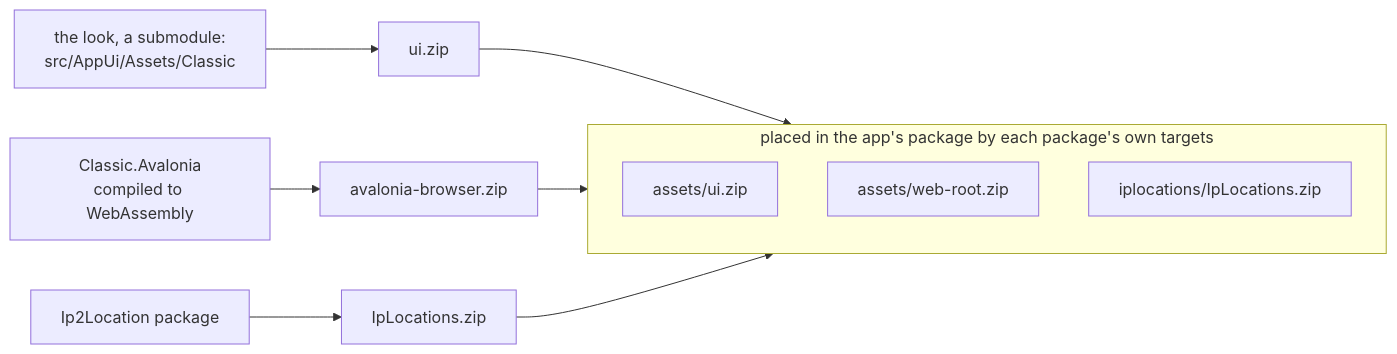
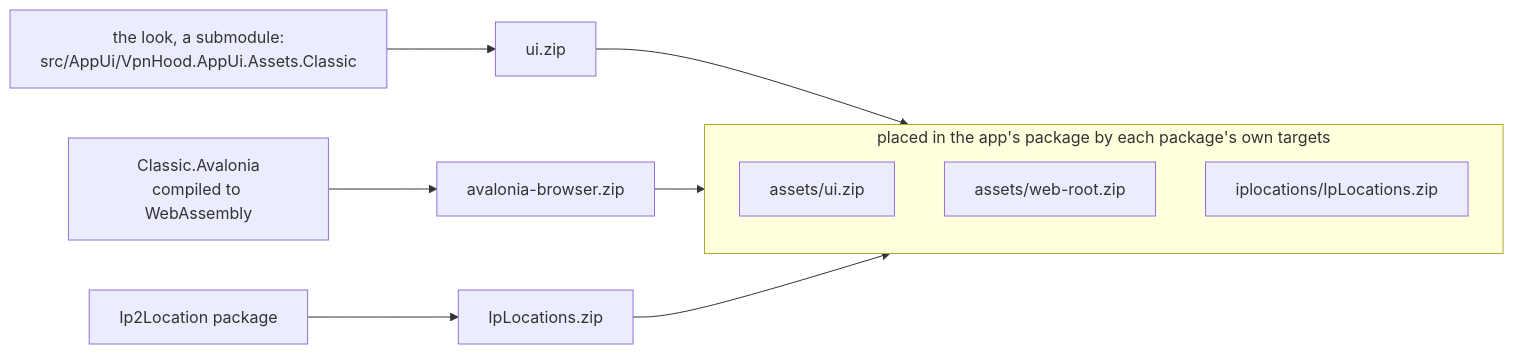
One commit to vpnhood/VpnHood changed the first of 2 diagrams in docs/assets.md. Above: the diagram before and after it, drawn with Mermaid. The commit also changed other lines of this file and 1375 other files, not shown here.

````diff
--- a/docs/assets.md
+++ b/docs/assets.md
@@ -69,16 +69,16 @@
 ```mermaid
 graph LR
-    W["the look, a submodule:<br/>src/AppUi/Assets/Classic"] --> UZ["ui.zip"]
+    W["the look, a submodule:<br/>src/AppUi/VpnHood.AppUi.Assets.Classic"] --> UZ["ui.zip"]
     CA["Classic.Avalonia<br/>compiled to WebAssembly"] --> BZ["avalonia-browser.zip"]
     IP["Ip2Location package"] --> IZ["IpLocations.zip"]
 
     UZ --> P
     BZ --> P
     IZ --> P
 
     subgraph P["placed in the app's package by each package's own targets"]
         A1["assets/ui.zip"]
         A2["assets/web-root.zip"]
         A3["iplocations/IpLocations.zip"]
     end
 ```
````
